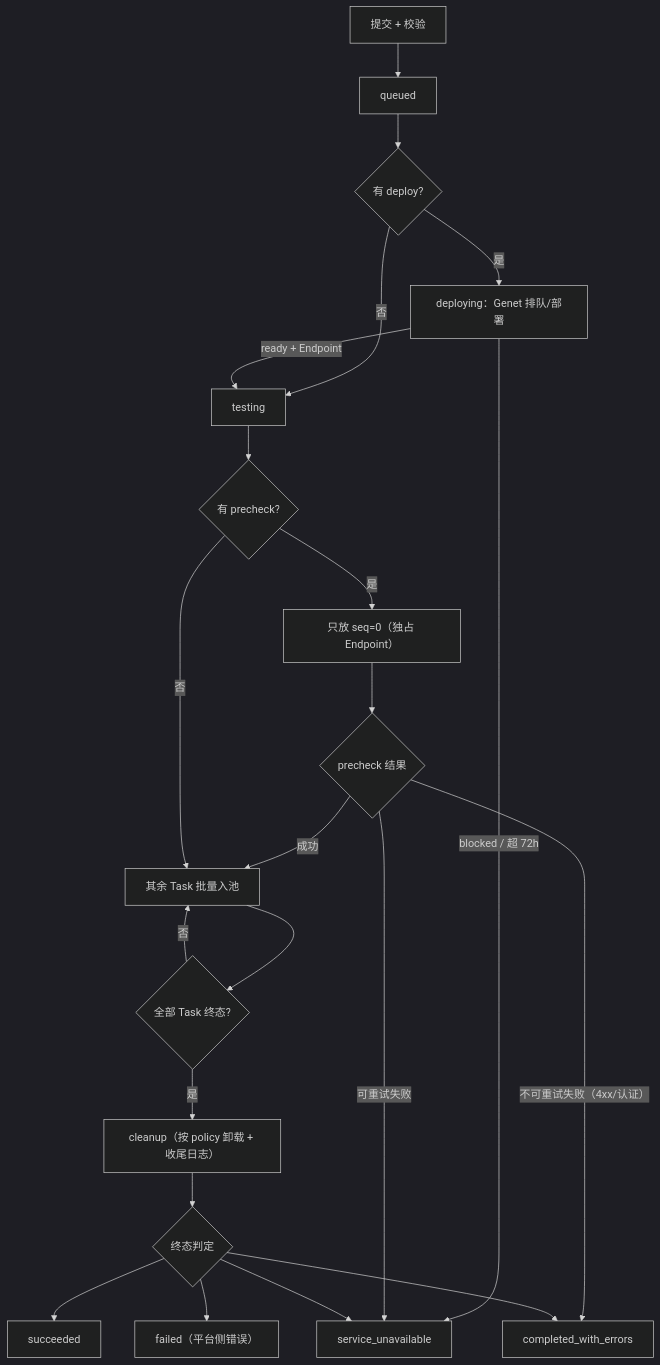
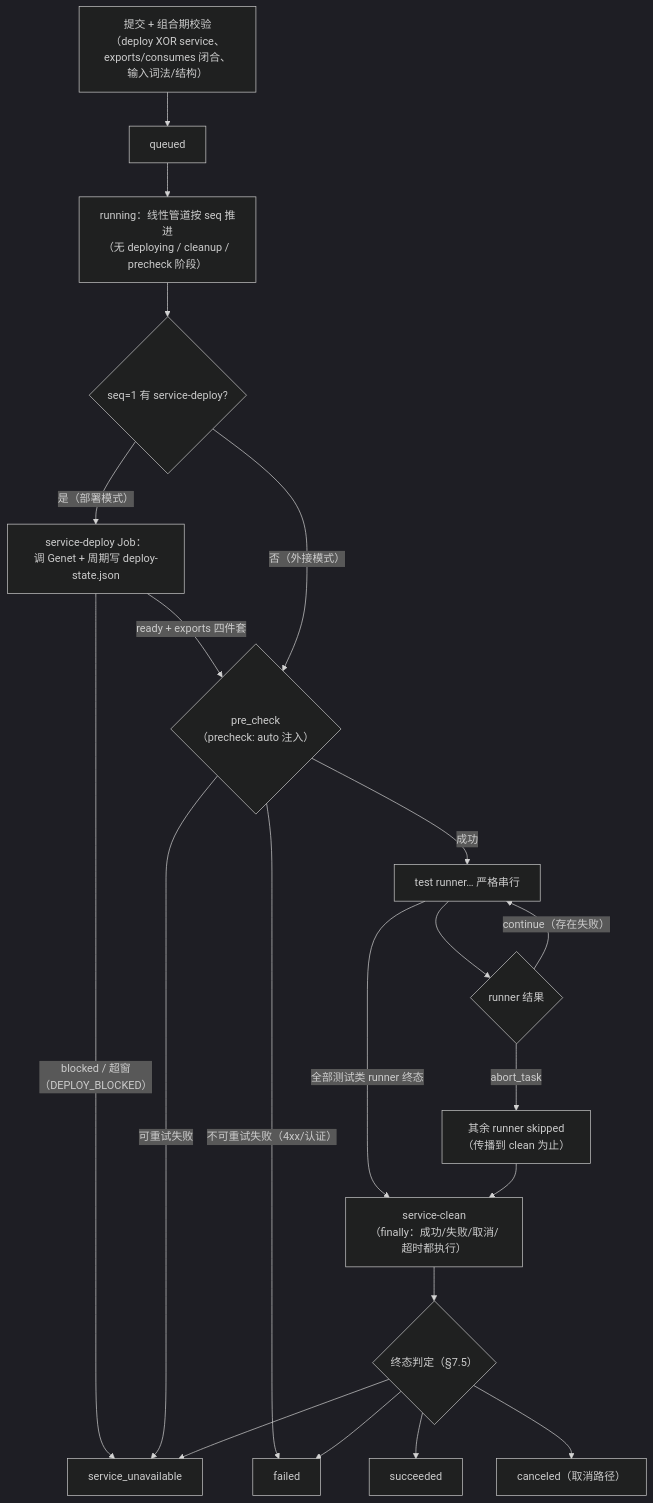
One commit to ucm-system/testplane changed the first of 4 diagrams in design/views/04-process-view.md. Above: the diagram before and after it, drawn with Mermaid (dark theme). The commit also changed other lines of this file and 471 other files, not shown here.

````diff
--- a/design/views/04-process-view.md
+++ b/design/views/04-process-view.md
@@ -81,24 +81,23 @@
 ```mermaid
 flowchart TD
-  S["提交 + 校验"] --> Q["queued"]
-  Q --> D{"有 deploy?"}
-  D -- 是 --> E["deploying：Genet 排队/部署"]
-  D -- 否 --> T["testing"]
-  E -- "ready + Endpoint" --> T
-  E -- "blocked / 超 72h" --> SU["service_unavailable"]
-  T --> P{"有 precheck?"}
-  P -- 是 --> P0["只放 seq=0（独占 Endpoint）"]
-  P0 --> PR{"precheck 结果"}
-  PR -- 成功 --> POOL["其余 Task 批量入池"]
-  PR -- "可重试失败" --> SU
-  PR -- "不可重试失败（4xx/认证）" --> CWE["completed_with_errors"]
-  P -- 否 --> POOL
-  POOL --> RUN{"全部 Task 终态?"}
-  RUN -- 否 --> POOL
-  RUN -- 是 --> CLEAN["cleanup（按 policy 卸载 + 收尾日志）"]
-  CLEAN --> FIN{"终态判定"}
+  S["提交 + 组合期校验<br/>（deploy XOR service、exports/consumes 闭合、输入词法/结构）"] --> Q["queued"]
+  Q --> R["running：线性管道按 seq 推进<br/>（无 deploying / cleanup / precheck 阶段）"]
+  R --> D{"seq=1 有 service-deploy?"}
+  D -- "是（部署模式）" --> DP["service-deploy Job：<br/>调 Genet + 周期写 deploy-state.json"]
+  DP -- "ready + exports 四件套" --> PC
+  DP -- "blocked / 超窗<br/>（DEPLOY_BLOCKED）" --> SU["service_unavailable"]
+  D -- "否（外接模式）" --> PC{"pre_check<br/>（precheck: auto 注入）"}
+  PC -- "可重试失败" --> SU
+  PC -- "不可重试失败（4xx/认证）" --> F["failed"]
+  PC -- 成功 --> T["test runner… 严格串行"]
+  T --> TRES{"runner 结果"}
+  TRES -- "abort_task" --> SK["其余 runner skipped<br/>（传播到 clean 为止）"]
+  TRES -- "continue（存在失败）" --> T
+  T -- "全部测试类 runner 终态" --> CL["service-clean<br/>（finally：成功/失败/取消/超时都执行）"]
+  SK --> CL
+  CL --> FIN{"终态判定（§7.5）"}
   FIN --> OK["succeeded"]
-  FIN --> CWE
-  FIN --> FAIL["failed（平台侧错误）"]
+  FIN --> F
   FIN --> SU
+  FIN --> CAN["canceled（取消路径）"]
 ```
````
